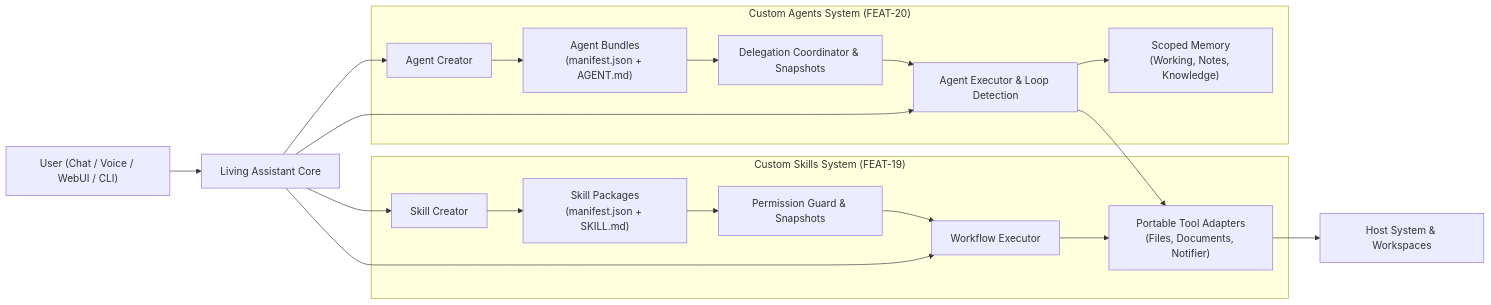
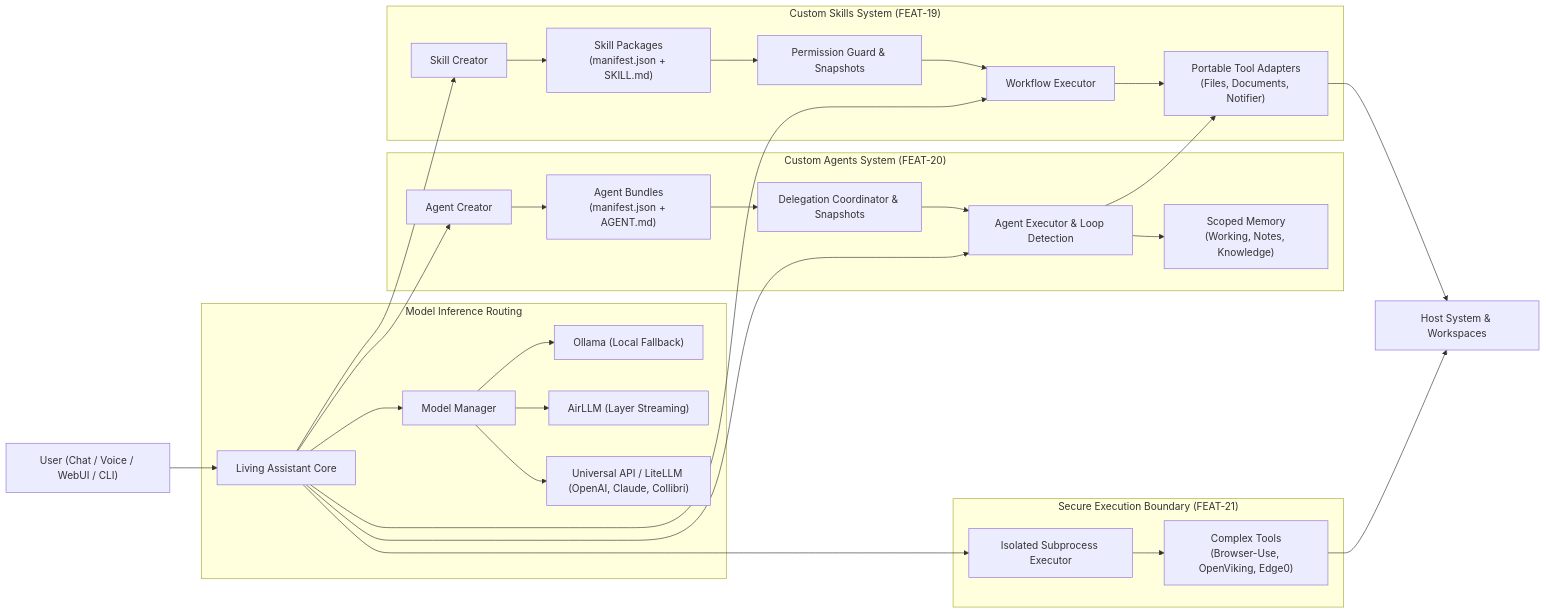
One commit to kashvats/p_assistant changed the diagram in docs/architecture.mmd. Above: the diagram before and after it, drawn with Mermaid. The commit also changed 18061 other files, not shown here.

```diff
--- a/docs/architecture.mmd
+++ b/docs/architecture.mmd
@@ -1,24 +1,37 @@
 flowchart LR
     User["User (Chat / Voice / WebUI / CLI)"] --> Assistant["Living Assistant Core"]
+
+    subgraph LLM_Routing["Model Inference Routing"]
+        Assistant --> ModelManager["Model Manager"]
+        ModelManager --> Ollama["Ollama (Local Fallback)"]
+        ModelManager --> AirLLM["AirLLM (Layer Streaming)"]
+        ModelManager --> LiteLLM["Universal API / LiteLLM (OpenAI, Claude, Collibri)"]
+    end
 
     subgraph CustomSkills["Custom Skills System (FEAT-19)"]
         SkillCreator["Skill Creator"] --> SkillPackages["Skill Packages\n(manifest.json + SKILL.md)"]
         SkillPackages --> SkillGuard["Permission Guard & Snapshots"]
         SkillGuard --> SkillExecutor["Workflow Executor"]
         SkillExecutor --> ToolAdapters["Portable Tool Adapters\n(Files, Documents, Notifier)"]
     end
 
     subgraph CustomAgents["Custom Agents System (FEAT-20)"]
         AgentCreator["Agent Creator"] --> AgentPackages["Agent Bundles\n(manifest.json + AGENT.md)"]
         AgentPackages --> Delegation["Delegation Coordinator & Snapshots"]
         Delegation --> AgentExecutor["Agent Executor & Loop Detection"]
         AgentExecutor --> ScopedMemory["Scoped Memory\n(Working, Notes, Knowledge)"]
     end
 
+    subgraph Isolation["Secure Execution Boundary (FEAT-21)"]
+        Assistant --> IsolatedExecutor["Isolated Subprocess Executor"]
+        IsolatedExecutor --> ComplexTools["Complex Tools\n(Browser-Use, OpenViking, Edge0)"]
+    end
+
     Assistant --> SkillCreator
     Assistant --> SkillExecutor
     Assistant --> AgentCreator
     Assistant --> AgentExecutor
 
     ToolAdapters --> Host["Host System & Workspaces"]
     AgentExecutor --> ToolAdapters
+    ComplexTools --> Host
```
